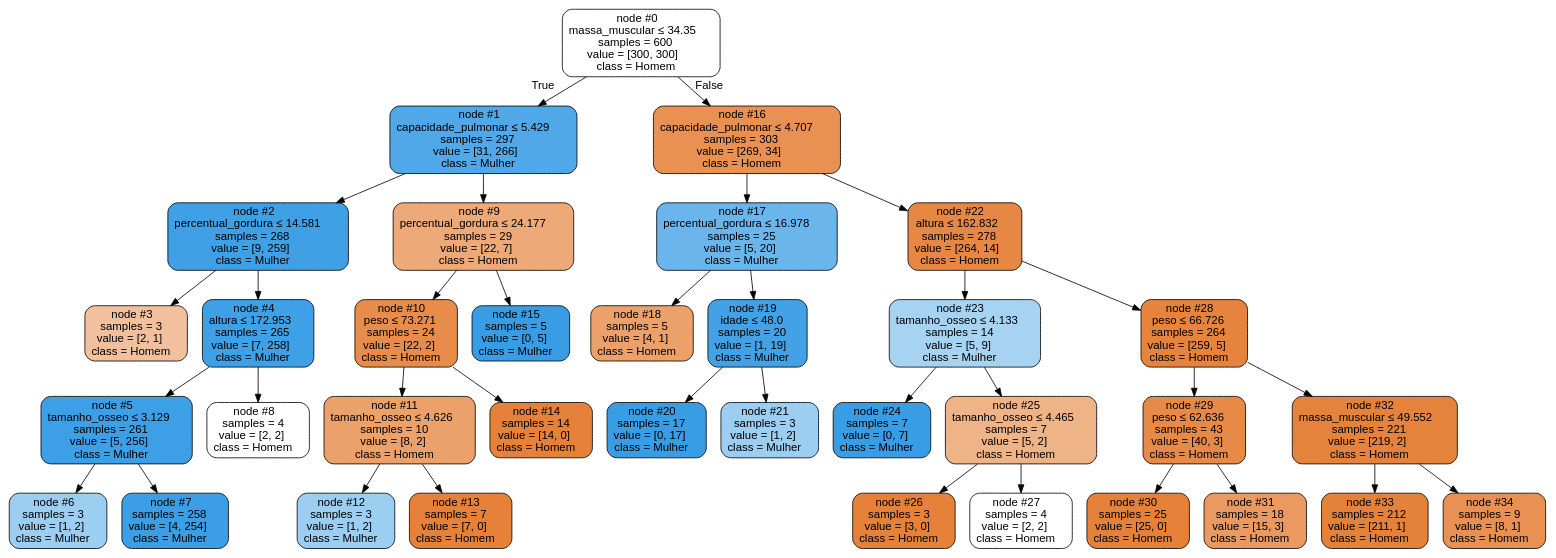
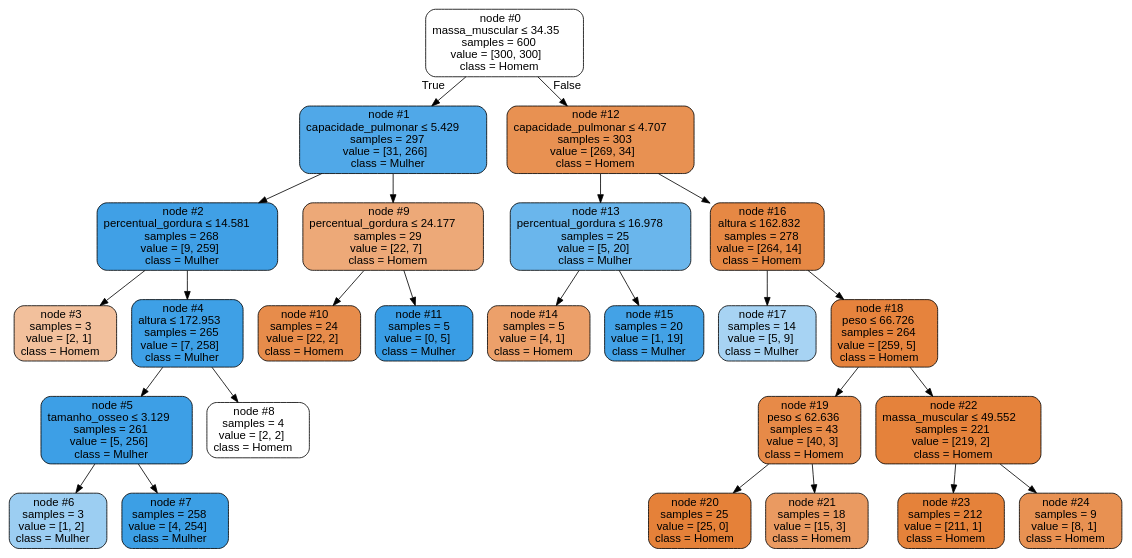
Before and after one commit to guikastner/PythonProjectPPGold: the diagram in Aulas - tec/DS2/02/delivery_tree.dot, drawn with Graphviz. The commit also changed 5 other files, not shown here.

```diff
--- a/Aulas - tec/DS2/02/delivery_tree.dot
+++ b/Aulas - tec/DS2/02/delivery_tree.dot
@@ -1,73 +1,53 @@
 digraph Tree {
 node [shape=box, style="filled, rounded", color="black", fontname="helvetica"] ;
 edge [fontname="helvetica"] ;
 0 [label=<node &#35;0<br/>massa_muscular &le; 34.35<br/>samples = 600<br/>value = [300, 300]<br/>class = Homem>, fillcolor="#ffffff"] ;
 1 [label=<node &#35;1<br/>capacidade_pulmonar &le; 5.429<br/>samples = 297<br/>value = [31, 266]<br/>class = Mulher>, fillcolor="#50a8e8"] ;
 0 -> 1 [labeldistance=2.5, labelangle=45, headlabel="True"] ;
 2 [label=<node &#35;2<br/>percentual_gordura &le; 14.581<br/>samples = 268<br/>value = [9, 259]<br/>class = Mulher>, fillcolor="#40a0e6"] ;
 1 -> 2 ;
 3 [label=<node &#35;3<br/>samples = 3<br/>value = [2, 1]<br/>class = Homem>, fillcolor="#f2c09c"] ;
 2 -> 3 ;
 4 [label=<node &#35;4<br/>altura &le; 172.953<br/>samples = 265<br/>value = [7, 258]<br/>class = Mulher>, fillcolor="#3ea0e6"] ;
 2 -> 4 ;
 5 [label=<node &#35;5<br/>tamanho_osseo &le; 3.129<br/>samples = 261<br/>value = [5, 256]<br/>class = Mulher>, fillcolor="#3d9fe6"] ;
 4 -> 5 ;
 6 [label=<node &#35;6<br/>samples = 3<br/>value = [1, 2]<br/>class = Mulher>, fillcolor="#9ccef2"] ;
 5 -> 6 ;
 7 [label=<node &#35;7<br/>samples = 258<br/>value = [4, 254]<br/>class = Mulher>, fillcolor="#3c9fe5"] ;
 5 -> 7 ;
 8 [label=<node &#35;8<br/>samples = 4<br/>value = [2, 2]<br/>class = Homem>, fillcolor="#ffffff"] ;
 4 -> 8 ;
 9 [label=<node &#35;9<br/>percentual_gordura &le; 24.177<br/>samples = 29<br/>value = [22, 7]<br/>class = Homem>, fillcolor="#eda978"] ;
 1 -> 9 ;
-10 [label=<node &#35;10<br/>peso &le; 73.271<br/>samples = 24<br/>value = [22, 2]<br/>class = Homem>, fillcolor="#e78c4b"] ;
+10 [label=<node &#35;10<br/>samples = 24<br/>value = [22, 2]<br/>class = Homem>, fillcolor="#e78c4b"] ;
 9 -> 10 ;
-11 [label=<node &#35;11<br/>tamanho_osseo &le; 4.626<br/>samples = 10<br/>value = [8, 2]<br/>class = Homem>, fillcolor="#eca06a"] ;
-10 -> 11 ;
-12 [label=<node &#35;12<br/>samples = 3<br/>value = [1, 2]<br/>class = Mulher>, fillcolor="#9ccef2"] ;
-11 -> 12 ;
-13 [label=<node &#35;13<br/>samples = 7<br/>value = [7, 0]<br/>class = Homem>, fillcolor="#e58139"] ;
-11 -> 13 ;
-14 [label=<node &#35;14<br/>samples = 14<br/>value = [14, 0]<br/>class = Homem>, fillcolor="#e58139"] ;
-10 -> 14 ;
-15 [label=<node &#35;15<br/>samples = 5<br/>value = [0, 5]<br/>class = Mulher>, fillcolor="#399de5"] ;
-9 -> 15 ;
-16 [label=<node &#35;16<br/>capacidade_pulmonar &le; 4.707<br/>samples = 303<br/>value = [269, 34]<br/>class = Homem>, fillcolor="#e89152"] ;
-0 -> 16 [labeldistance=2.5, labelangle=-45, headlabel="False"] ;
-17 [label=<node &#35;17<br/>percentual_gordura &le; 16.978<br/>samples = 25<br/>value = [5, 20]<br/>class = Mulher>, fillcolor="#6ab6ec"] ;
+11 [label=<node &#35;11<br/>samples = 5<br/>value = [0, 5]<br/>class = Mulher>, fillcolor="#399de5"] ;
+9 -> 11 ;
+12 [label=<node &#35;12<br/>capacidade_pulmonar &le; 4.707<br/>samples = 303<br/>value = [269, 34]<br/>class = Homem>, fillcolor="#e89152"] ;
+0 -> 12 [labeldistance=2.5, labelangle=-45, headlabel="False"] ;
+13 [label=<node &#35;13<br/>percentual_gordura &le; 16.978<br/>samples = 25<br/>value = [5, 20]<br/>class = Mulher>, fillcolor="#6ab6ec"] ;
+12 -> 13 ;
+14 [label=<node &#35;14<br/>samples = 5<br/>value = [4, 1]<br/>class = Homem>, fillcolor="#eca06a"] ;
+13 -> 14 ;
+15 [label=<node &#35;15<br/>samples = 20<br/>value = [1, 19]<br/>class = Mulher>, fillcolor="#43a2e6"] ;
+13 -> 15 ;
+16 [label=<node &#35;16<br/>altura &le; 162.832<br/>samples = 278<br/>value = [264, 14]<br/>class = Homem>, fillcolor="#e68844"] ;
+12 -> 16 ;
+17 [label=<node &#35;17<br/>samples = 14<br/>value = [5, 9]<br/>class = Mulher>, fillcolor="#a7d3f3"] ;
 16 -> 17 ;
-18 [label=<node &#35;18<br/>samples = 5<br/>value = [4, 1]<br/>class = Homem>, fillcolor="#eca06a"] ;
-17 -> 18 ;
-19 [label=<node &#35;19<br/>idade &le; 48.0<br/>samples = 20<br/>value = [1, 19]<br/>class = Mulher>, fillcolor="#43a2e6"] ;
-17 -> 19 ;
-20 [label=<node &#35;20<br/>samples = 17<br/>value = [0, 17]<br/>class = Mulher>, fillcolor="#399de5"] ;
+18 [label=<node &#35;18<br/>peso &le; 66.726<br/>samples = 264<br/>value = [259, 5]<br/>class = Homem>, fillcolor="#e6833d"] ;
+16 -> 18 ;
+19 [label=<node &#35;19<br/>peso &le; 62.636<br/>samples = 43<br/>value = [40, 3]<br/>class = Homem>, fillcolor="#e78a48"] ;
+18 -> 19 ;
+20 [label=<node &#35;20<br/>samples = 25<br/>value = [25, 0]<br/>class = Homem>, fillcolor="#e58139"] ;
 19 -> 20 ;
-21 [label=<node &#35;21<br/>samples = 3<br/>value = [1, 2]<br/>class = Mulher>, fillcolor="#9ccef2"] ;
+21 [label=<node &#35;21<br/>samples = 18<br/>value = [15, 3]<br/>class = Homem>, fillcolor="#ea9a61"] ;
 19 -> 21 ;
-22 [label=<node &#35;22<br/>altura &le; 162.832<br/>samples = 278<br/>value = [264, 14]<br/>class = Homem>, fillcolor="#e68844"] ;
-16 -> 22 ;
-23 [label=<node &#35;23<br/>tamanho_osseo &le; 4.133<br/>samples = 14<br/>value = [5, 9]<br/>class = Mulher>, fillcolor="#a7d3f3"] ;
+22 [label=<node &#35;22<br/>massa_muscular &le; 49.552<br/>samples = 221<br/>value = [219, 2]<br/>class = Homem>, fillcolor="#e5823b"] ;
+18 -> 22 ;
+23 [label=<node &#35;23<br/>samples = 212<br/>value = [211, 1]<br/>class = Homem>, fillcolor="#e5823a"] ;
 22 -> 23 ;
-24 [label=<node &#35;24<br/>samples = 7<br/>value = [0, 7]<br/>class = Mulher>, fillcolor="#399de5"] ;
-23 -> 24 ;
-25 [label=<node &#35;25<br/>tamanho_osseo &le; 4.465<br/>samples = 7<br/>value = [5, 2]<br/>class = Homem>, fillcolor="#efb388"] ;
-23 -> 25 ;
-26 [label=<node &#35;26<br/>samples = 3<br/>value = [3, 0]<br/>class = Homem>, fillcolor="#e58139"] ;
-25 -> 26 ;
-27 [label=<node &#35;27<br/>samples = 4<br/>value = [2, 2]<br/>class = Homem>, fillcolor="#ffffff"] ;
-25 -> 27 ;
-28 [label=<node &#35;28<br/>peso &le; 66.726<br/>samples = 264<br/>value = [259, 5]<br/>class = Homem>, fillcolor="#e6833d"] ;
-22 -> 28 ;
-29 [label=<node &#35;29<br/>peso &le; 62.636<br/>samples = 43<br/>value = [40, 3]<br/>class = Homem>, fillcolor="#e78a48"] ;
-28 -> 29 ;
-30 [label=<node &#35;30<br/>samples = 25<br/>value = [25, 0]<br/>class = Homem>, fillcolor="#e58139"] ;
-29 -> 30 ;
-31 [label=<node &#35;31<br/>samples = 18<br/>value = [15, 3]<br/>class = Homem>, fillcolor="#ea9a61"] ;
-29 -> 31 ;
-32 [label=<node &#35;32<br/>massa_muscular &le; 49.552<br/>samples = 221<br/>value = [219, 2]<br/>class = Homem>, fillcolor="#e5823b"] ;
-28 -> 32 ;
-33 [label=<node &#35;33<br/>samples = 212<br/>value = [211, 1]<br/>class = Homem>, fillcolor="#e5823a"] ;
-32 -> 33 ;
-34 [label=<node &#35;34<br/>samples = 9<br/>value = [8, 1]<br/>class = Homem>, fillcolor="#e89152"] ;
-32 -> 34 ;
+24 [label=<node &#35;24<br/>samples = 9<br/>value = [8, 1]<br/>class = Homem>, fillcolor="#e89152"] ;
+22 -> 24 ;
 }
```
